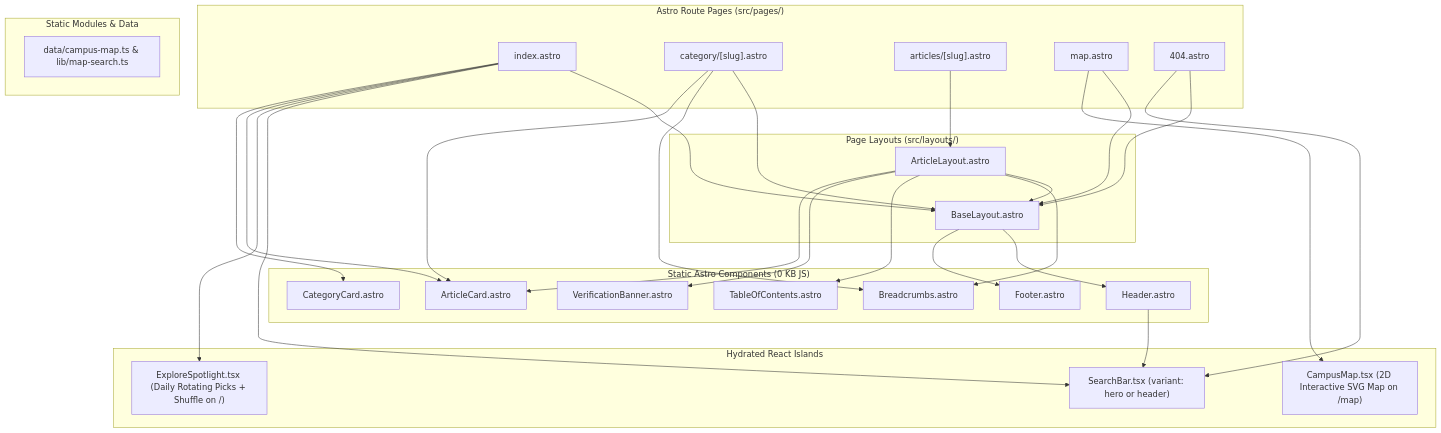
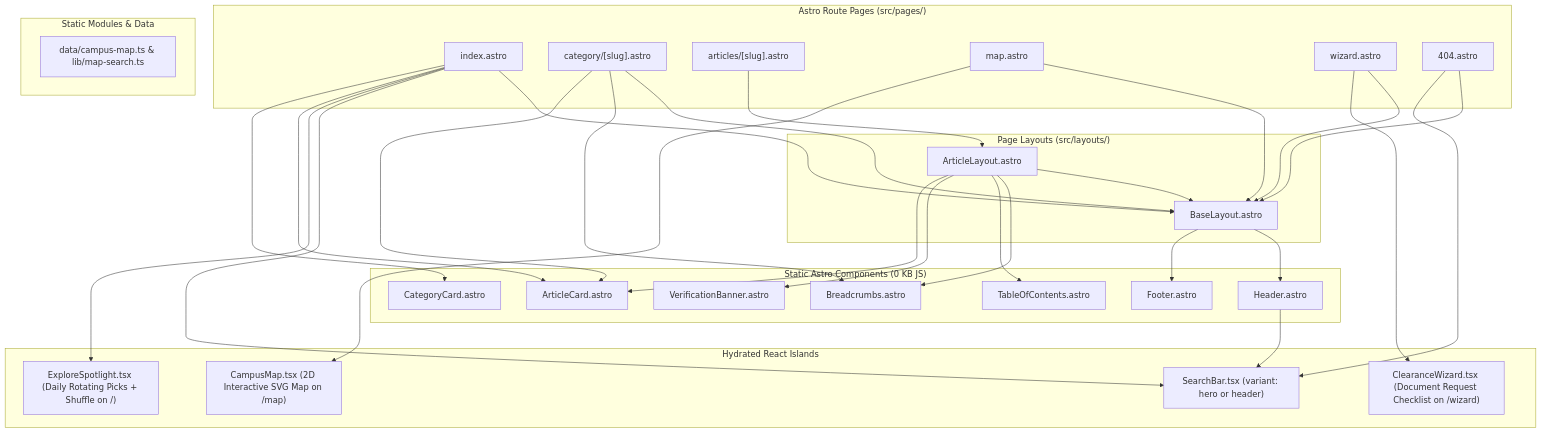
The second of 2 diagrams in ARCHITECTURE.md (bulsutools/geary), drawn with Mermaid before and after one commit. The commit also changed other lines of this file and 18 other files, not shown here.

First line of the commit message:
feat: add interactive document request wizard (/wizard)

````diff
--- a/ARCHITECTURE.md
+++ b/ARCHITECTURE.md
@@ -101,62 +101,66 @@
 ```mermaid
 flowchart TD
     subgraph Pages["Astro Route Pages (src/pages/)"]
         P_HOME["index.astro"]
         P_CAT["category/[slug].astro"]
         P_ART["articles/[slug].astro"]
         P_MAP["map.astro"]
+        P_WIZ["wizard.astro"]
         P_404["404.astro"]
     end
 
     subgraph Layouts["Page Layouts (src/layouts/)"]
         L_BASE["BaseLayout.astro"]
         L_ART["ArticleLayout.astro"]
     end
 
     subgraph StaticComps["Static Astro Components (0 KB JS)"]
         C_HDR["Header.astro"]
         C_FTR["Footer.astro"]
         C_BC["Breadcrumbs.astro"]
         C_CCARD["CategoryCard.astro"]
         C_ACARD["ArticleCard.astro"]
         C_TOC["TableOfContents.astro"]
         C_VER["VerificationBanner.astro"]
     end
 
     subgraph StaticData["Static Modules & Data"]
         D_MAP["data/campus-map.ts & lib/map-search.ts"]
     end
 
     subgraph Islands["Hydrated React Islands"]
         I_SRCH["SearchBar.tsx (variant: hero or header)"]
         I_EXPL["ExploreSpotlight.tsx (Daily Rotating Picks + Shuffle on /)"]
         I_MAP["CampusMap.tsx (2D Interactive SVG Map on /map)"]
+        I_WIZ["ClearanceWizard.tsx (Document Request Checklist on /wizard)"]
     end
 
     P_HOME --> L_BASE
     P_CAT --> L_BASE
     P_MAP --> L_BASE
+    P_WIZ --> L_BASE
     P_404 --> L_BASE
     P_ART --> L_ART
     L_ART --> L_BASE
 
     L_BASE --> C_HDR
     L_BASE --> C_FTR
     C_HDR --> I_SRCH
 
     P_HOME --> I_SRCH
     P_HOME --> I_EXPL
     P_HOME --> C_ACARD
     P_HOME --> C_CCARD
 
     P_CAT --> C_BC
     P_CAT --> C_ACARD
 
     L_ART --> C_BC
     L_ART --> C_TOC
     L_ART --> C_VER
     L_ART --> C_ACARD
 
     P_404 --> I_SRCH
     P_MAP --> I_MAP
+    P_WIZ --> I_WIZ
 ```
````
